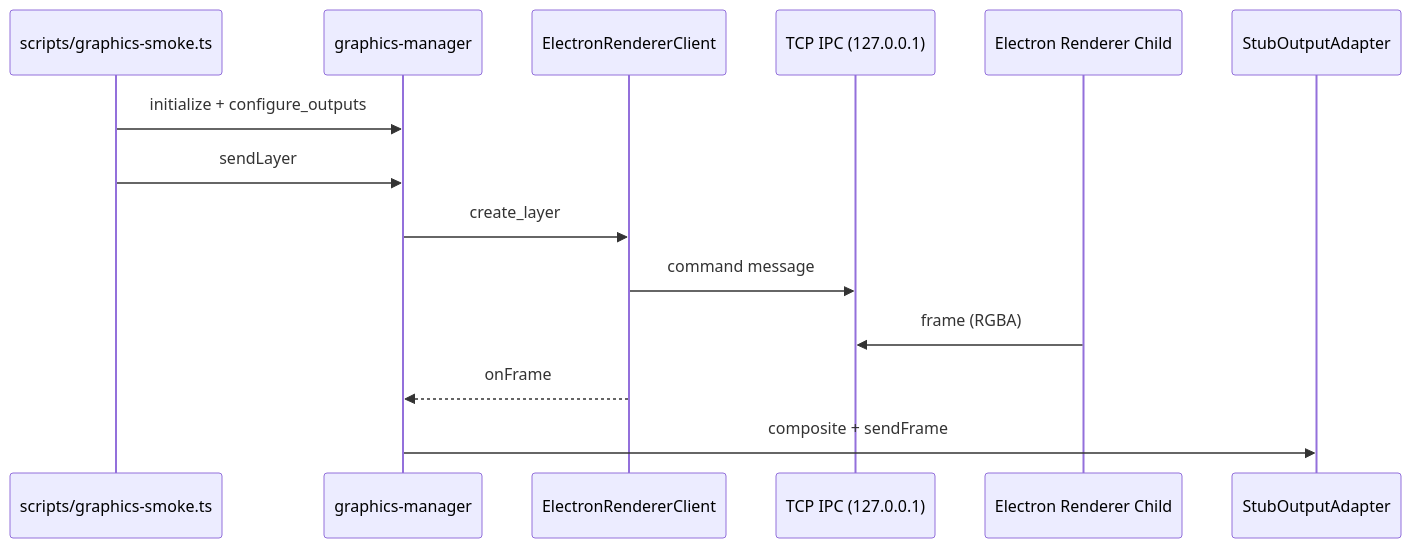
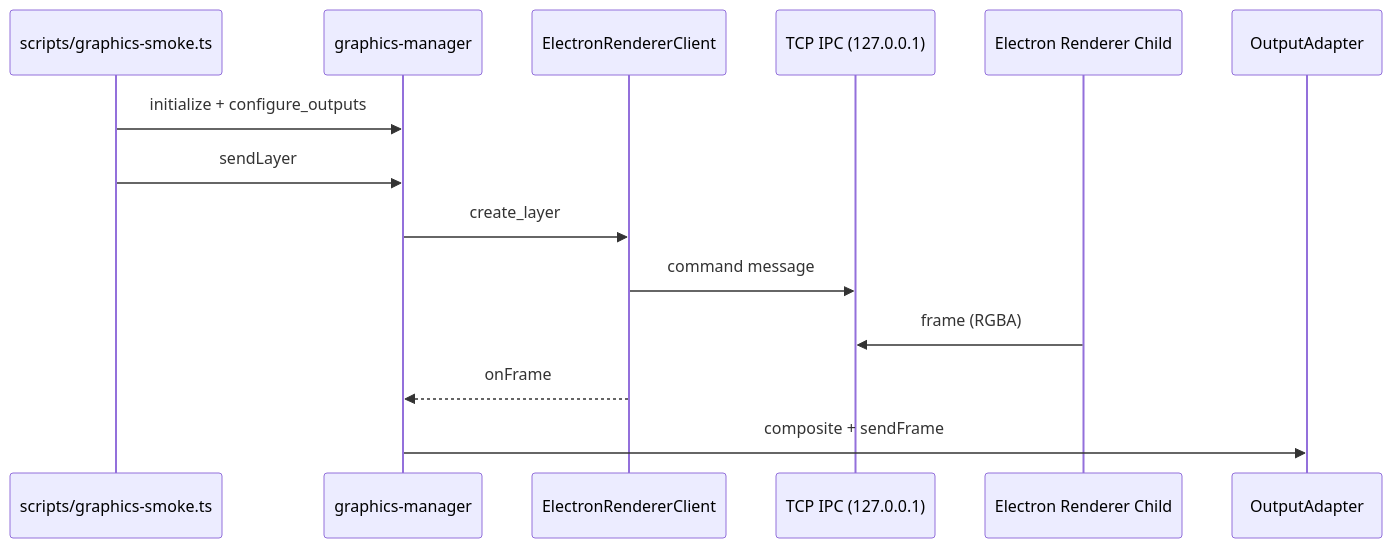
One commit to pivotrecruiting/broadify-bridge changed the first of 3 diagrams in docs/graphics/graphics-dataflow-overview.md. Above: the diagram before and after it, drawn with Mermaid. The commit also changed 16 other files, not shown here.

Commit message:
updated: implemented decklink output graphics connection.

````diff
--- a/docs/graphics/graphics-dataflow-overview.md
+++ b/docs/graphics/graphics-dataflow-overview.md
@@ -5,17 +5,17 @@
 ```mermaid
 sequenceDiagram
   participant Script as scripts/graphics-smoke.ts
   participant Graphics as graphics-manager
   participant Renderer as ElectronRendererClient
   participant IPC as TCP IPC (127.0.0.1)
   participant Child as Electron Renderer Child
-  participant Output as StubOutputAdapter
+  participant Output as OutputAdapter
 
   Script->>Graphics: initialize + configure_outputs
   Script->>Graphics: sendLayer
   Graphics->>Renderer: create_layer
   Renderer->>IPC: command message
   Child->>IPC: frame (RGBA)
   Renderer-->>Graphics: onFrame
   Graphics->>Output: composite + sendFrame
 ```
````
